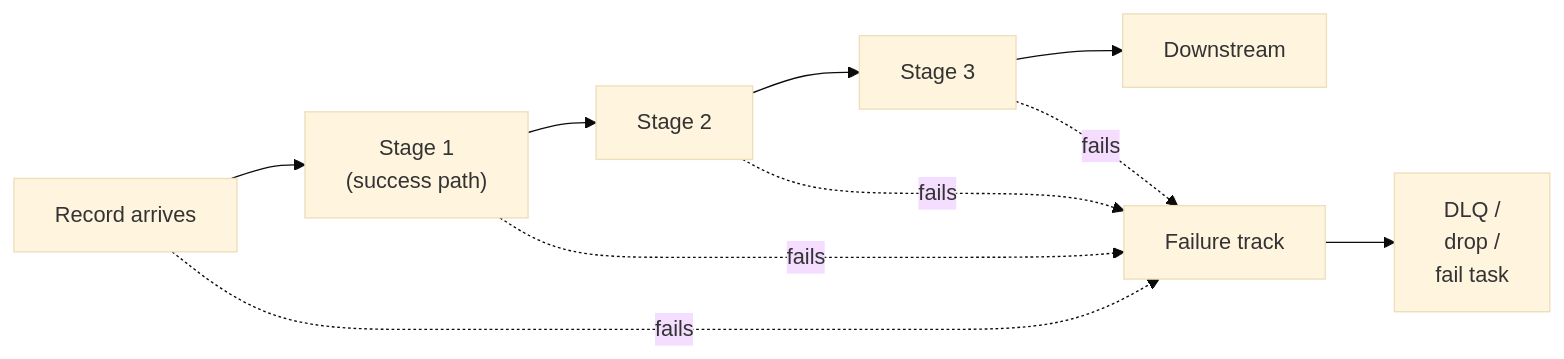
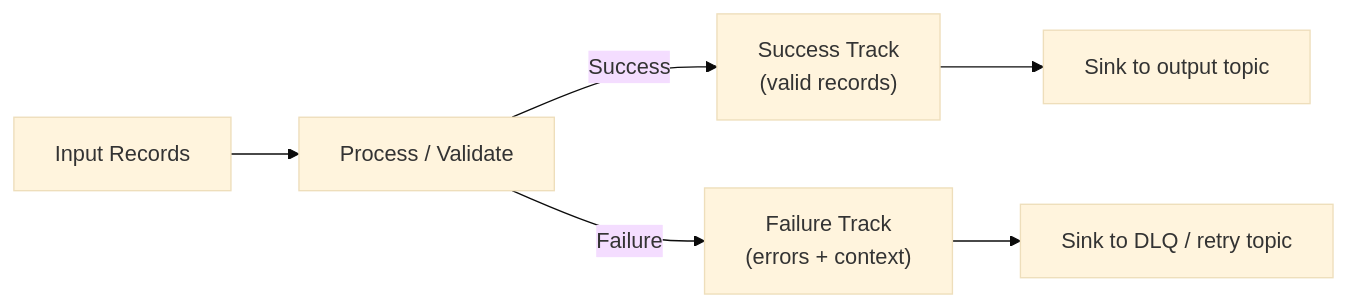
Before and after one commit to mchav/wireform-: the diagram in website/src/content/docs/kafka-streams/concepts/railway-oriented-programming.md, drawn with Mermaid (base theme). The commit also changed other lines of this file and 63 other files, not shown here.

````diff
--- a/website/src/content/docs/kafka-streams/concepts/railway-oriented-programming.md
+++ b/website/src/content/docs/kafka-streams/concepts/railway-oriented-programming.md
@@ -37,12 +14,8 @@
 ```mermaid
 flowchart LR
-  In["Record arrives"] --> S1["Stage 1\n(success path)"]
-  S1 --> S2["Stage 2"]
-  S2 --> S3["Stage 3"]
-  S3 --> Out["Downstream"]
-  In -. fails .-> F["Failure track"]
-  S1 -. fails .-> F
-  S2 -. fails .-> F
-  S3 -. fails .-> F
-  F --> Sink["DLQ /\ndrop /\nfail task"]
+    Input["Input Records"] --> Process["Process / Validate"]
+    Process -->|Success| OK["Success Track\n(valid records)"]
+    Process -->|Failure| Err["Failure Track\n(errors + context)"]
+    OK --> SinkOK["Sink to output topic"]
+    Err --> SinkErr["Sink to DLQ / retry topic"]
 ```
````
